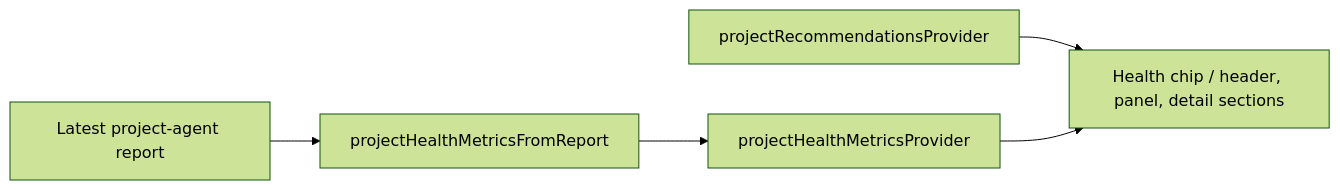
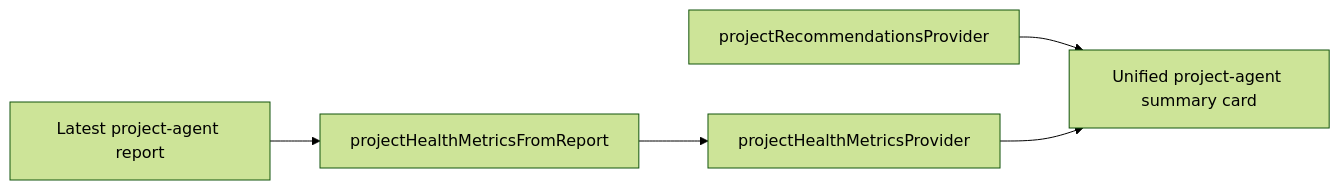
The fifth of 6 diagrams in knowledge/features/projects.md (matthiasn/lotti), drawn with Mermaid (forest theme) before and after one commit. The commit also changed other lines of this file and 114 other files, not shown here.

````diff
--- a/knowledge/features/projects.md
+++ b/knowledge/features/projects.md
@@ -224,7 +316,7 @@
 ```mermaid
 flowchart LR
   Report["Latest project-agent report"] --> Metrics["projectHealthMetricsFromReport"]
   Metrics --> HealthProv["projectHealthMetricsProvider"]
   Recos["projectRecommendationsProvider"] --> UI
-  HealthProv --> UI["Health chip / header, panel, detail sections"]
+  HealthProv --> UI["Unified project-agent summary card"]
 ```
````
